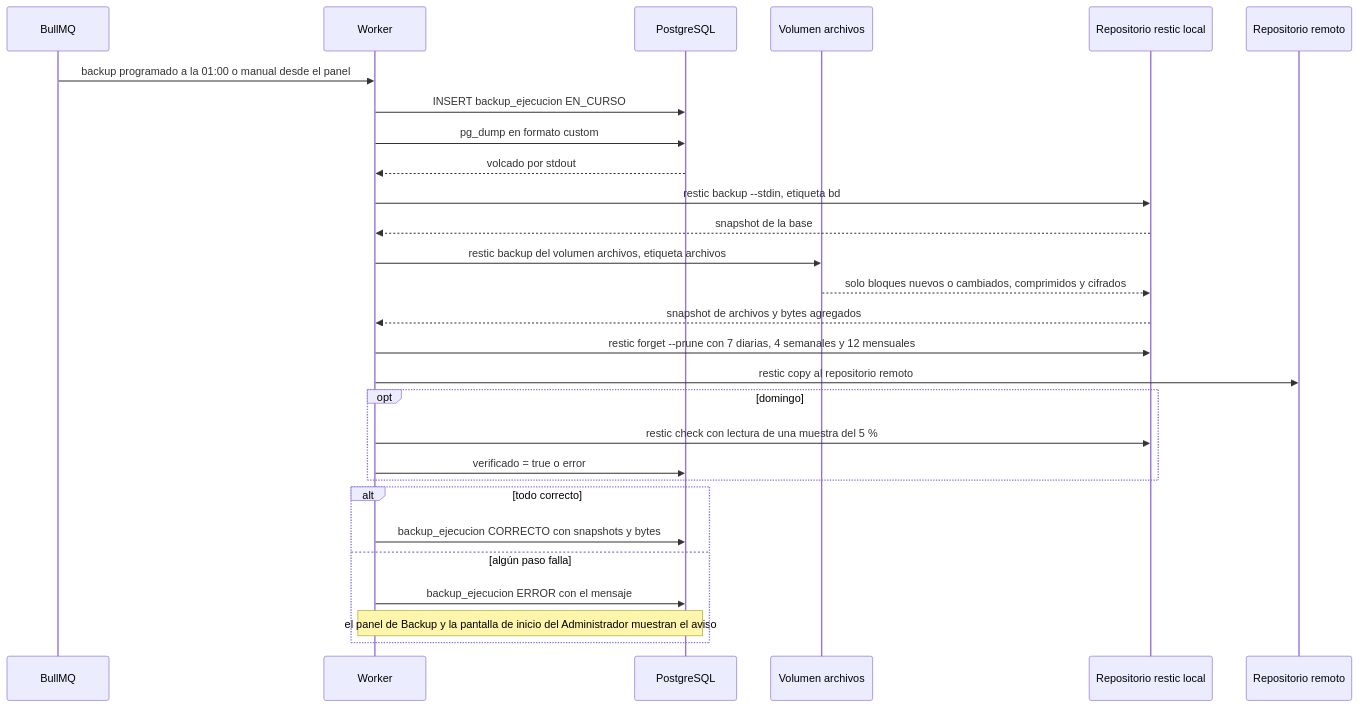
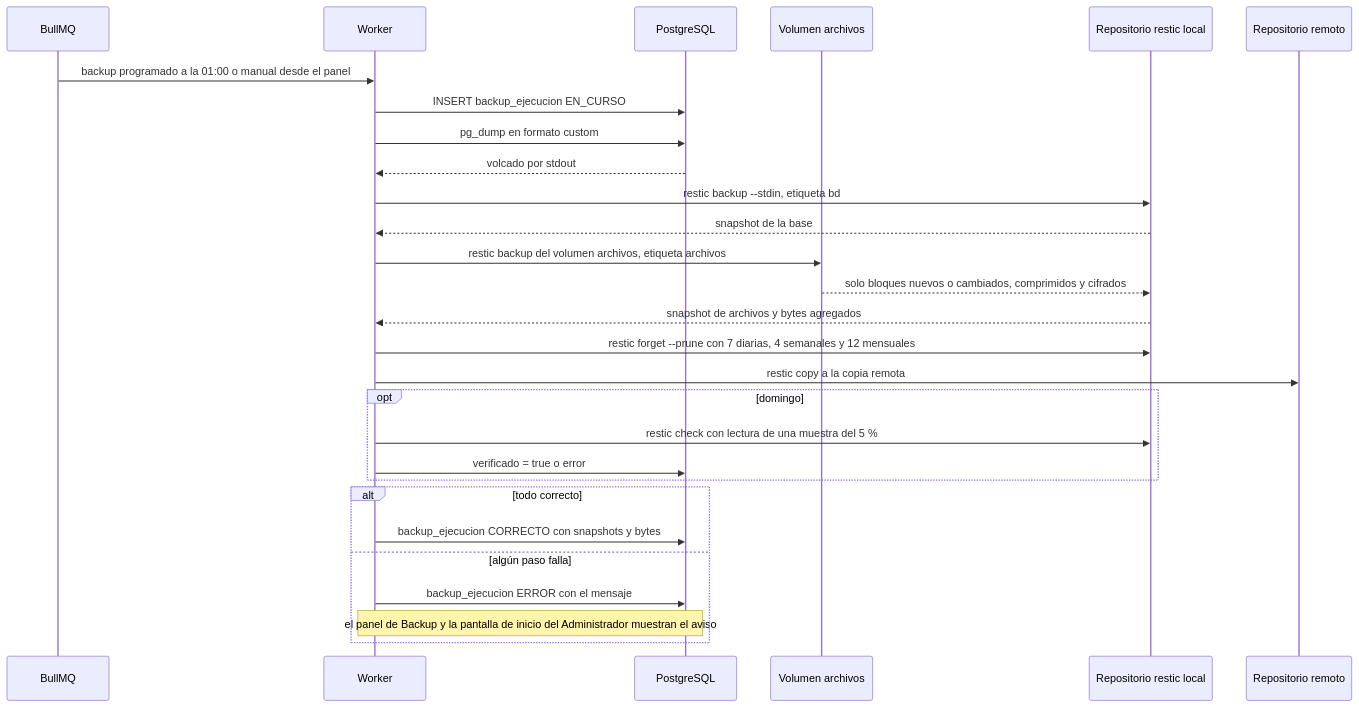
Diagram 19 of 21 in README.md (Jose27luis/legajo), drawn with Mermaid before and after one commit. The commit also changed other lines of this file, not shown here.

Commit message:
docs: quita la estructura del repositorio y las rutas del README

````diff
--- a/README.md
+++ b/README.md
@@ -1202,31 +1122,31 @@
 ```mermaid
 sequenceDiagram
     participant Q as BullMQ
     participant W as Worker
     participant P as PostgreSQL
     participant F as Volumen archivos
     participant R as Repositorio restic local
     participant M as Repositorio remoto
 
     Q->>W: backup programado a la 01:00 o manual desde el panel
     W->>P: INSERT backup_ejecucion EN_CURSO
     W->>P: pg_dump en formato custom
     P-->>W: volcado por stdout
     W->>R: restic backup --stdin, etiqueta bd
     R-->>W: snapshot de la base
     W->>F: restic backup del volumen archivos, etiqueta archivos
     F-->>R: solo bloques nuevos o cambiados, comprimidos y cifrados
     R-->>W: snapshot de archivos y bytes agregados
     W->>R: restic forget --prune con 7 diarias, 4 semanales y 12 mensuales
-    W->>M: restic copy al repositorio remoto
+    W->>M: restic copy a la copia remota
     opt domingo
         W->>R: restic check con lectura de una muestra del 5 %
         W->>P: verificado = true o error
     end
     alt todo correcto
         W->>P: backup_ejecucion CORRECTO con snapshots y bytes
     else algún paso falla
         W->>P: backup_ejecucion ERROR con el mensaje
         Note over W,P: el panel de Backup y la pantalla de inicio del Administrador muestran el aviso
     end
 ```
````
